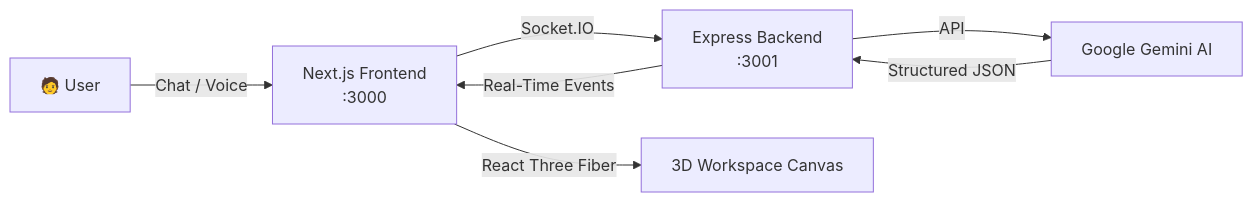
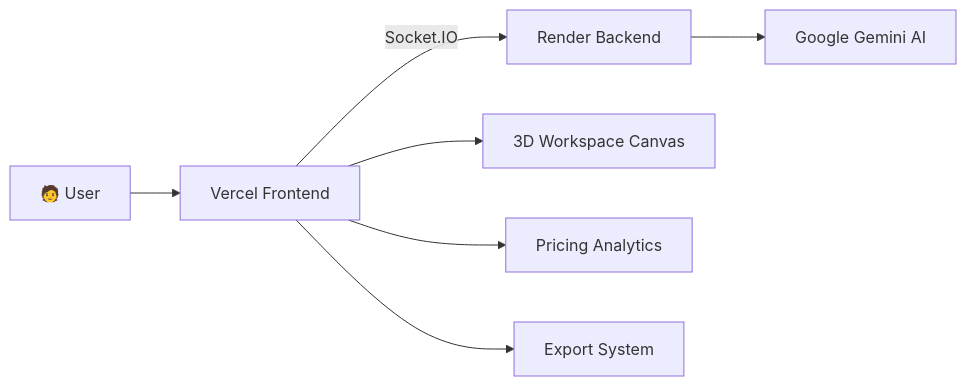
Before and after one commit to Tiku57/SyncSpace-AI: the diagram in README.md, drawn with Mermaid. The commit also changed other lines of this file, not shown here.

````diff
--- a/README.md
+++ b/README.md
@@ -79,9 +62,10 @@
 ```mermaid
 graph LR
-    A["🧑 User"] -->|Chat / Voice| B["Next.js Frontend\n:3000"]
-    B -->|Socket.IO| C["Express Backend\n:3001"]
-    C -->|API| D["Google Gemini AI"]
-    D -->|Structured JSON| C
-    C -->|Real-Time Events| B
-    B -->|React Three Fiber| E["3D Workspace Canvas"]
+    A["🧑 User"] --> B["Vercel Frontend"]
+    B -->|"Socket.IO"| C["Render Backend"]
+    C --> D["Google Gemini AI"]
+
+    B --> E["3D Workspace Canvas"]
+    B --> F["Pricing Analytics"]
+    B --> G["Export System"]
 ```
````
